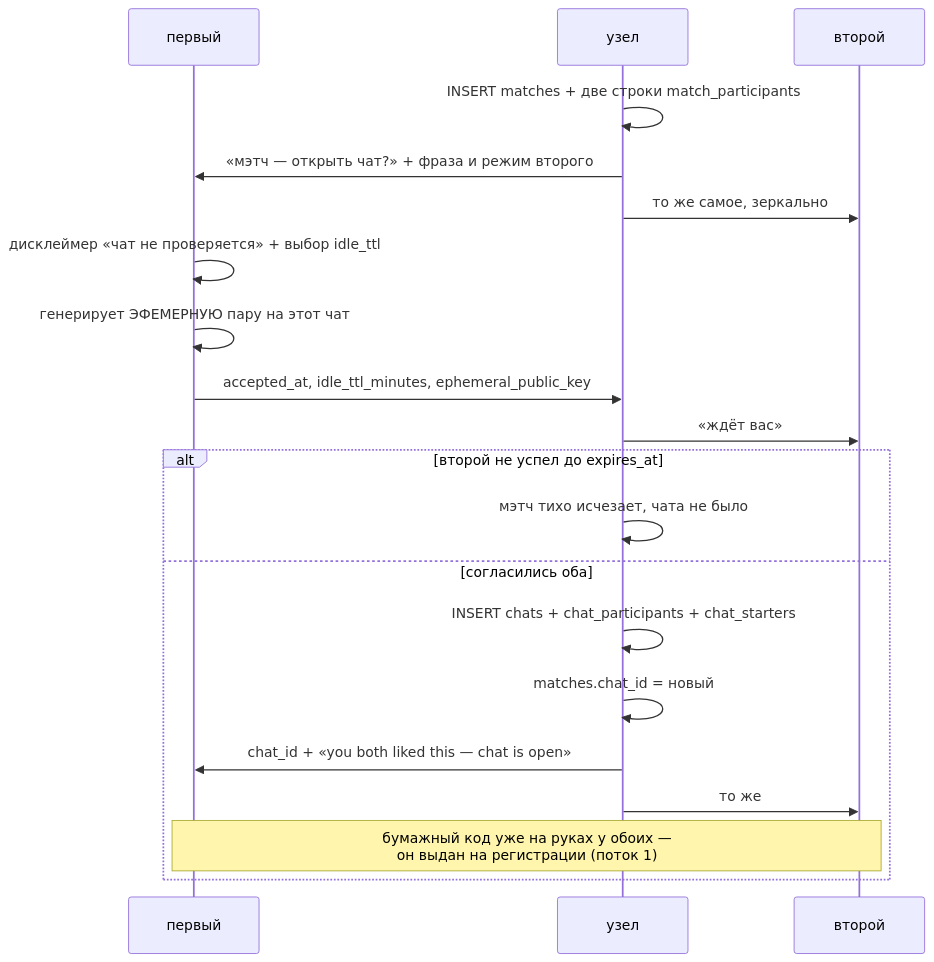
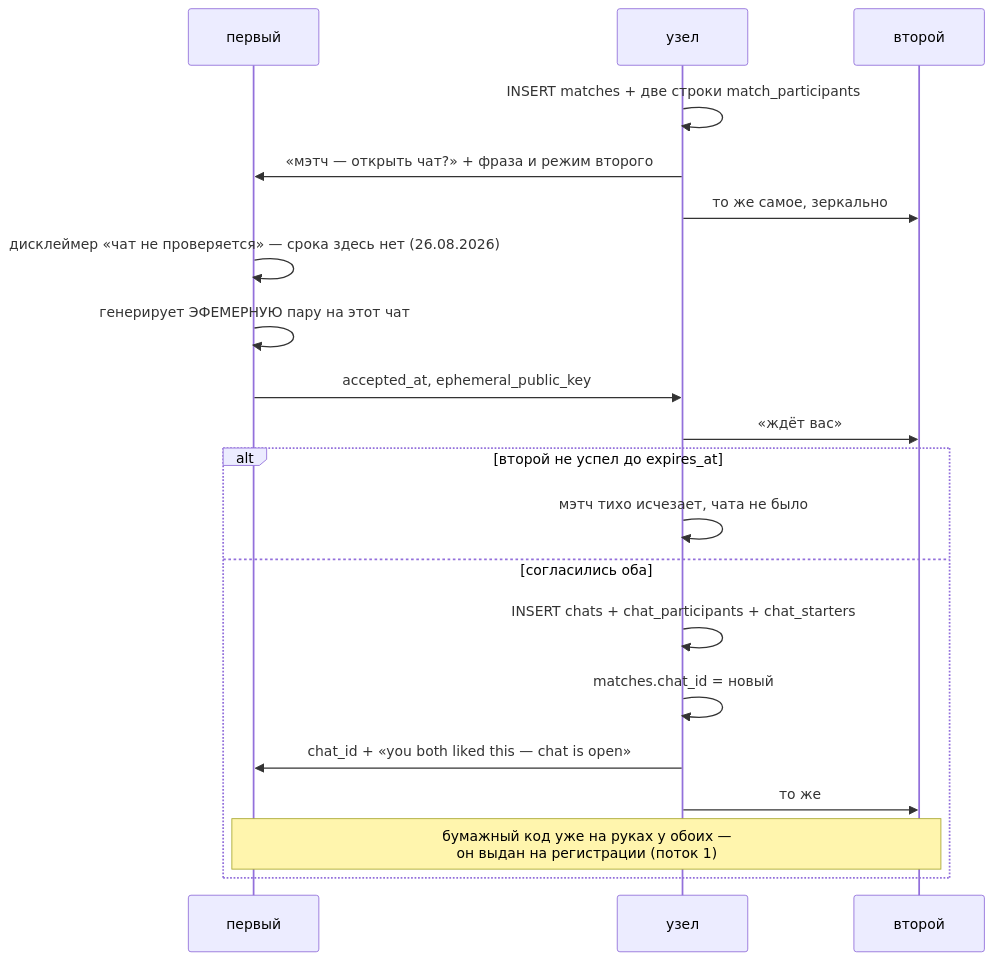
One commit to panov-id/xor.ad changed the tenth of 30 diagrams in docs/chat-flows_RU.md. Above: the diagram before and after it, drawn with Mermaid. The commit also changed other lines of this file and 8 other files, not shown here.

````diff
--- a/docs/chat-flows_RU.md
+++ b/docs/chat-flows_RU.md
@@ -351,22 +353,22 @@
 ```mermaid
 sequenceDiagram
   participant A as первый
   participant N as узел
   participant B as второй
   N->>N: INSERT matches + две строки match_participants
   N->>A: «мэтч — открыть чат?» + фраза и режим второго
   N->>B: то же самое, зеркально
-  A->>A: дисклеймер «чат не проверяется» + выбор idle_ttl
+  A->>A: дисклеймер «чат не проверяется» — срока здесь нет #40;26.08.2026#41;
   A->>A: генерирует ЭФЕМЕРНУЮ пару на этот чат
-  A->>N: accepted_at, idle_ttl_minutes, ephemeral_public_key
+  A->>N: accepted_at, ephemeral_public_key
   N->>B: «ждёт вас»
   alt второй не успел до expires_at
     N->>N: мэтч тихо исчезает, чата не было
   else согласились оба
     N->>N: INSERT chats + chat_participants + chat_starters
     N->>N: matches.chat_id = новый
     N->>A: chat_id + «you both liked this — chat is open»
     N->>B: то же
     Note over A,B: бумажный код уже на руках у обоих —<br/>он выдан на регистрации #40;поток 1#41;
   end
 ```
````
